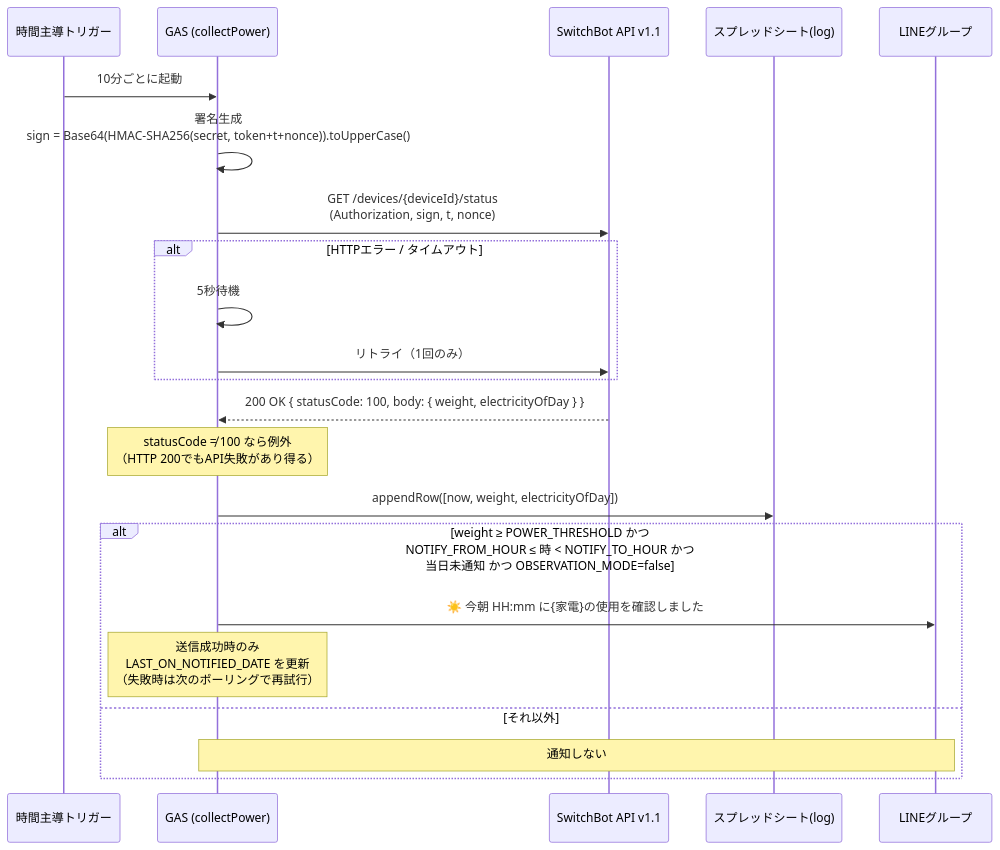
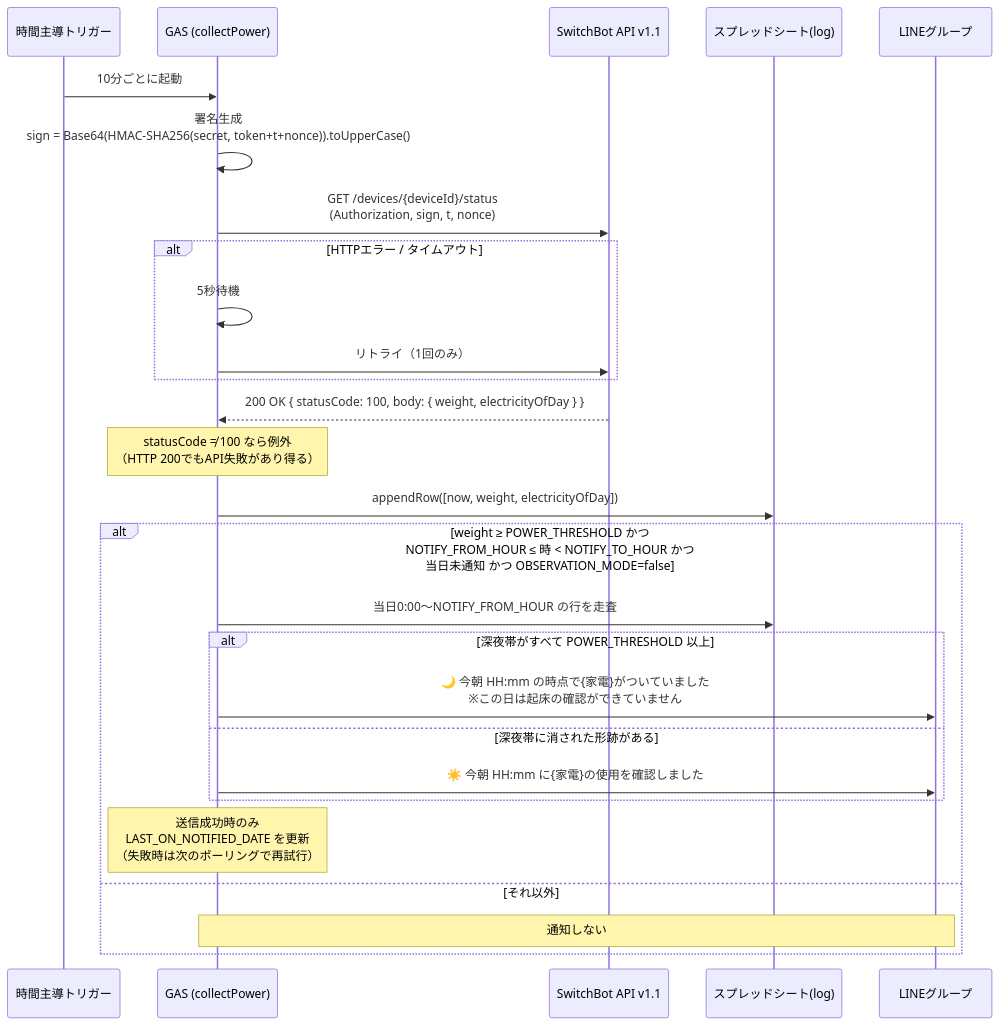
One commit to yomogi-cat/hamuiru changed the second of 4 diagrams in docs/architecture.md. Above: the diagram before and after it, drawn with Mermaid. The commit also changed other lines of this file and 4 other files, not shown here.

````diff
--- a/docs/architecture.md
+++ b/docs/architecture.md
@@ -76,26 +77,31 @@
 ```mermaid
 sequenceDiagram
     participant T as 時間主導トリガー
     participant G as GAS (collectPower)
     participant S as SwitchBot API v1.1
     participant L as スプレッドシート(log)
     participant N as LINEグループ
 
     T->>G: 10分ごとに起動
     G->>G: 署名生成<br>sign = Base64(HMAC-SHA256(secret, token+t+nonce)).toUpperCase()
     G->>S: GET /devices/{deviceId}/status<br>(Authorization, sign, t, nonce)
     alt HTTPエラー / タイムアウト
         G->>G: 5秒待機
         G->>S: リトライ（1回のみ）
     end
     S-->>G: 200 OK { statusCode: 100, body: { weight, electricityOfDay } }
     Note over G: statusCode ≠ 100 なら例外<br>（HTTP 200でもAPI失敗があり得る）
     G->>L: appendRow([now, weight, electricityOfDay])
 
     alt weight ≥ POWER_THRESHOLD かつ<br>NOTIFY_FROM_HOUR ≤ 時 < NOTIFY_TO_HOUR かつ<br>当日未通知 かつ OBSERVATION_MODE=false
-        G->>N: ☀️ 今朝 HH:mm に{家電}の使用を確認しました
+        G->>L: 当日0:00〜NOTIFY_FROM_HOUR の行を走査
+        alt 深夜帯がすべて POWER_THRESHOLD 以上
+            G->>N: 🌙 今朝 HH:mm の時点で{家電}がついていました<br>※この日は起床の確認ができていません
+        else 深夜帯に消された形跡がある
+            G->>N: ☀️ 今朝 HH:mm に{家電}の使用を確認しました
+        end
         Note over G: 送信成功時のみ<br>LAST_ON_NOTIFIED_DATE を更新<br>（失敗時は次のポーリングで再試行）
     else それ以外
         Note over G,N: 通知しない
     end
 ```
````
